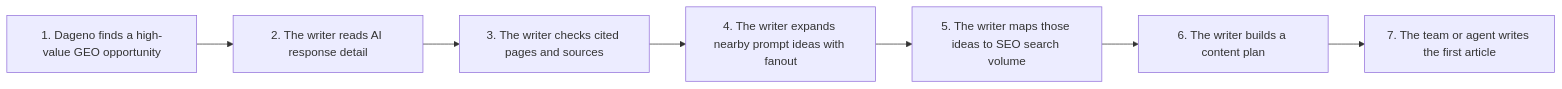
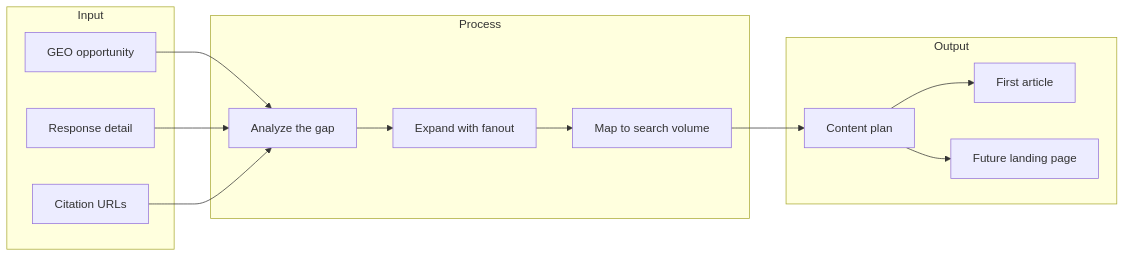
One commit to GEO-SEO/geo-content-writer changed the diagram in README.md. Above: the diagram before and after it, drawn with Mermaid. The commit also changed other lines of this file and 1 other file, not shown here.

Commit message:
Add customer-friendly workflow graphic

````diff
--- a/README.md
+++ b/README.md
@@ -128,9 +128,29 @@
 ```mermaid
 flowchart LR
-    A["1. Dageno finds a high-value GEO opportunity"] --> B["2. The writer reads AI response detail"]
-    B --> C["3. The writer checks cited pages and sources"]
-    C --> D["4. The writer expands nearby prompt ideas with fanout"]
-    D --> E["5. The writer maps those ideas to SEO search volume"]
-    E --> F["6. The writer builds a content plan"]
-    F --> G["7. The team or agent writes the first article"]
+    subgraph A["Input"]
+      A1["GEO opportunity"]
+      A2["Response detail"]
+      A3["Citation URLs"]
+    end
+
+    subgraph B["Process"]
+      B1["Analyze the gap"]
+      B2["Expand with fanout"]
+      B3["Map to search volume"]
+    end
+
+    subgraph C["Output"]
+      C1["Content plan"]
+      C2["First article"]
+      C3["Future landing page"]
+    end
+
+    A1 --> B1
+    A2 --> B1
+    A3 --> B1
+    B1 --> B2
+    B2 --> B3
+    B3 --> C1
+    C1 --> C2
+    C1 --> C3
 ```
````
